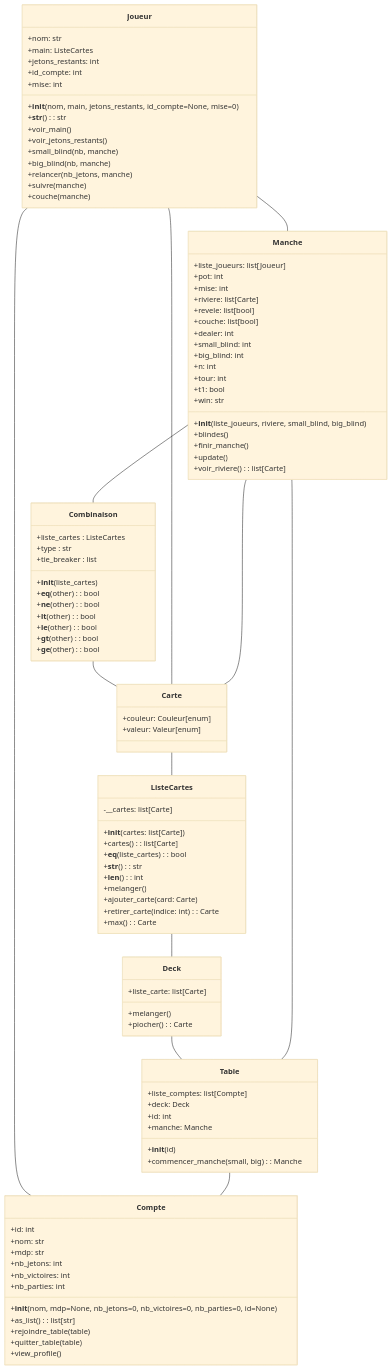
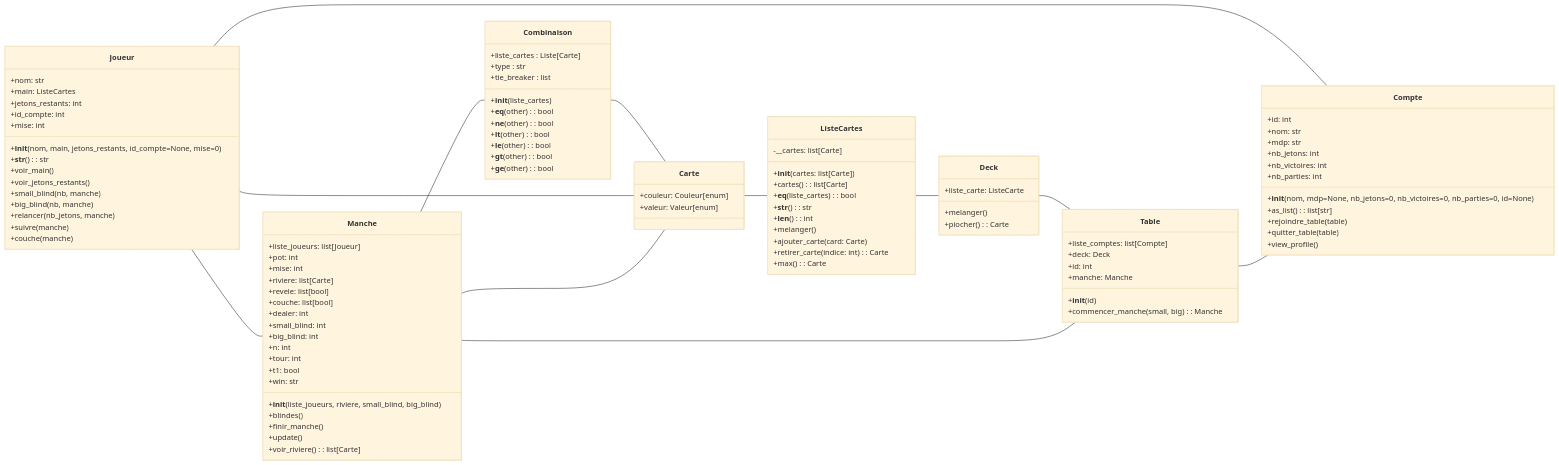
Before and after one commit to MrJoy27/ENSAI-2A-projet-info: the diagram in doc/diag_classes.md, drawn with Mermaid (base theme).

Commit message:
correc diag classes

````diff
--- a/doc/diag_classes.md
+++ b/doc/diag_classes.md
@@ -17,7 +17,7 @@
 ```mermaid
 
 classDiagram
-    directionLR
+    direction LR
     class Joueur {
       +nom: str
       +main: ListeCartes
@@ -107,7 +107,7 @@
 
 
     class Combinaison {
-      +liste_cartes : ListeCartes
+      +liste_cartes : Liste[Carte]
       +type : str
       +tie_breaker : list
 
@@ -121,7 +121,7 @@
   }
 
     class Deck {
-      +liste_carte: list[Carte]
+      +liste_carte: ListeCarte
       +melanger()
       +piocher(): Carte
     }
````
